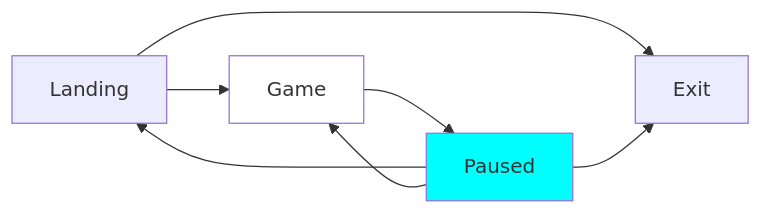
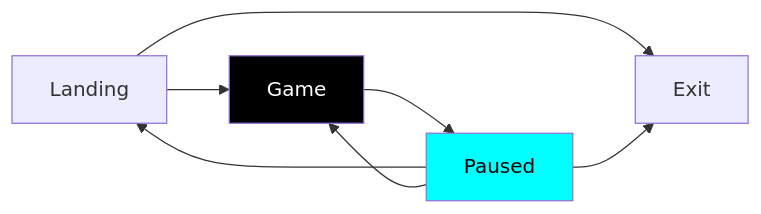
One commit to entitycs/WaMBaM changed the third of 5 diagrams in docs/indev.md. Above: the diagram before and after it, drawn with Mermaid. The commit also changed other lines of this file, not shown here.

````diff
--- a/docs/indev.md
+++ b/docs/indev.md
@@ -26,10 +27,10 @@
 ```mermaid
 
 flowchart LR
 Landing --> Game:::Current & Exit
 Game --> Paused:::Next
 Paused --> Exit & Landing & Game
 
-classDef Current fill:white
-classDef Next fill:aqua
+classDef Current fill:black,color:white
+classDef Next fill:aqua,color:black
 ```
````
